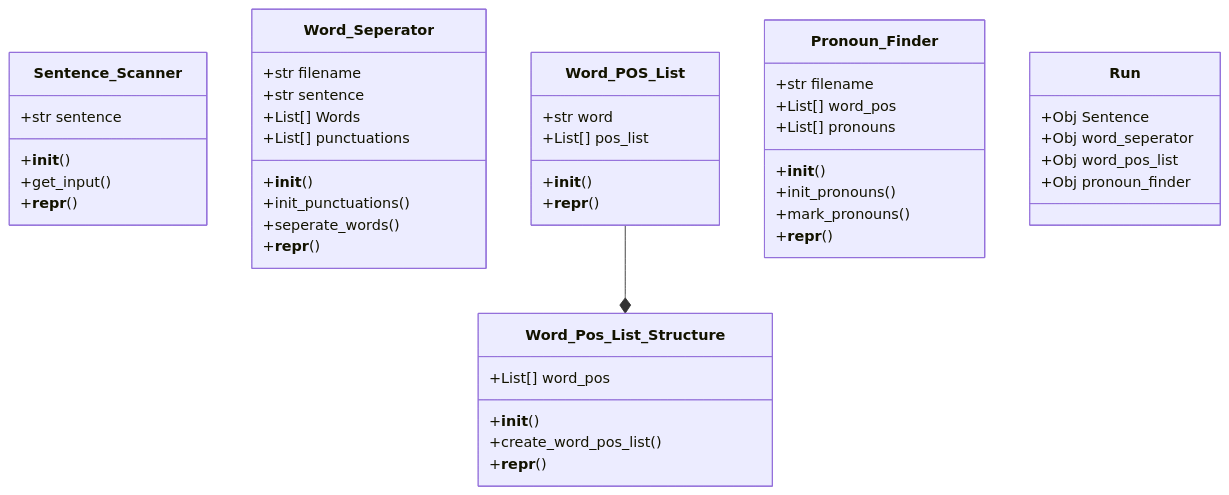
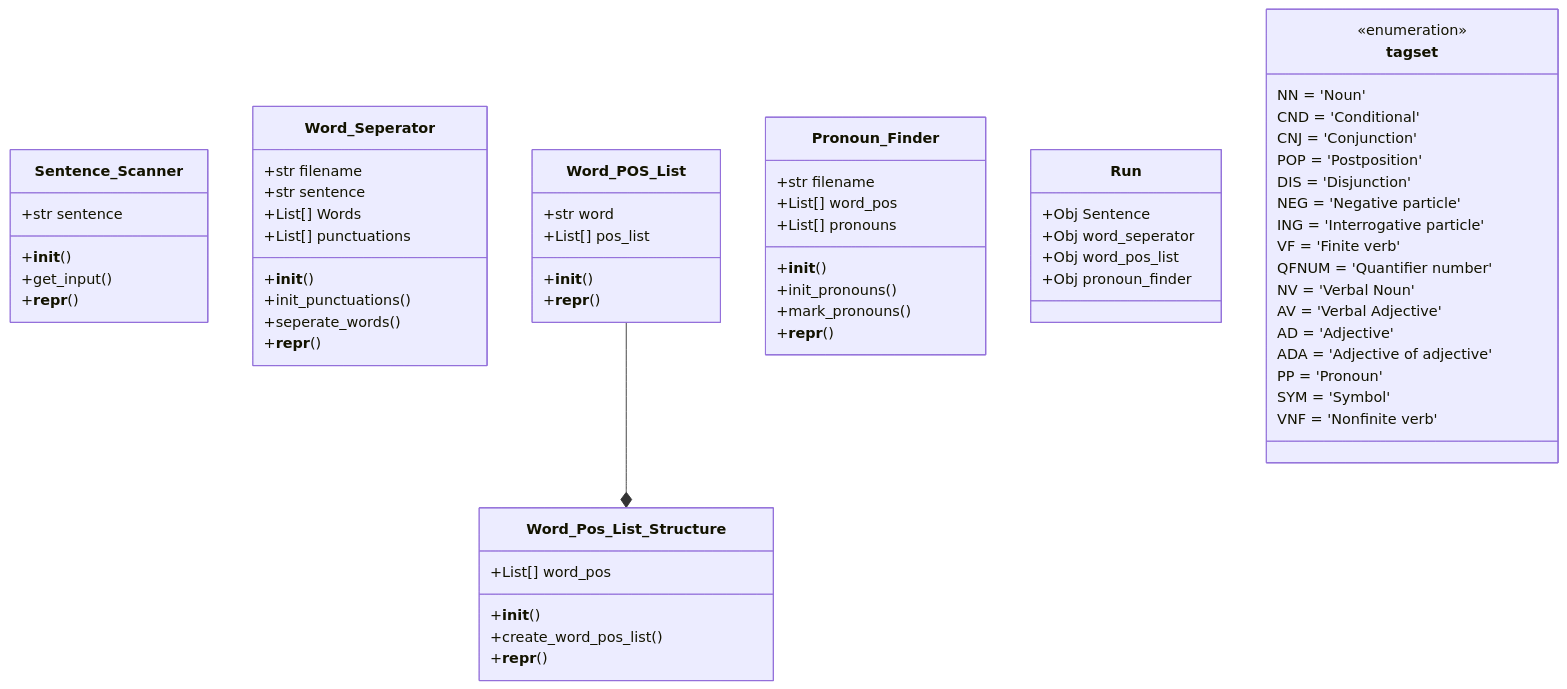
One commit to masnm/POS-tagging changed the diagram in src/README.md. Above: the diagram before and after it, drawn with Mermaid.

Commit message:
Refactored Class Diagram

````diff
--- a/src/README.md
+++ b/src/README.md
@@ -4,49 +4,69 @@
 ```mermaid
 classDiagram
 	class Sentence_Scanner {
 		+str sentence
 		+__init__ ()
 		+get_input ()
 		+__repr__ ()
 	}
 	class Word_Seperator {
 		+str filename
 		+str sentence
 		+List[] Words
 		+List[] punctuations
 		+__init__ ()
 		+init_punctuations ()
 		+seperate_words ()
 		+__repr__ ()
 	}
 	class Word_POS_List {
 		+str word
 		+List[] pos_list
 		+__init__ ()
 		+__repr__ ()
 	}
 	class Word_Pos_List_Structure {
 		+List[] word_pos
 		+__init__ ()
 		+create_word_pos_list ()
 		+__repr__ ()
 	}
 	class Pronoun_Finder {
 		+str filename
 		+List[] word_pos
 		+List[] pronouns
 		+__init__ ()
 		+init_pronouns ()
 		+mark_pronouns ()
 		+__repr__ ()
 	}
 
 	Word_POS_List --* Word_Pos_List_Structure
 
 	class Run {
 		+Obj Sentence
 		+Obj word_seperator
 		+Obj word_pos_list
 		+Obj pronoun_finder
 	}
+
+    class tagset {
+        <<enumeration>>
+        NN = 'Noun'
+        CND = 'Conditional'
+        CNJ = 'Conjunction'
+        POP = 'Postposition'
+        DIS = 'Disjunction'
+        NEG = 'Negative particle'
+        ING = 'Interrogative particle'
+        VF = 'Finite verb'
+        QFNUM = 'Quantifier number'
+        NV = 'Verbal Noun'
+        AV = 'Verbal Adjective'
+        AD = 'Adjective'
+        ADA = 'Adjective of adjective'
+        PP = 'Pronoun'
+        SYM = 'Symbol'
+        VNF = 'Nonfinite verb'
+    }
 ```
````
